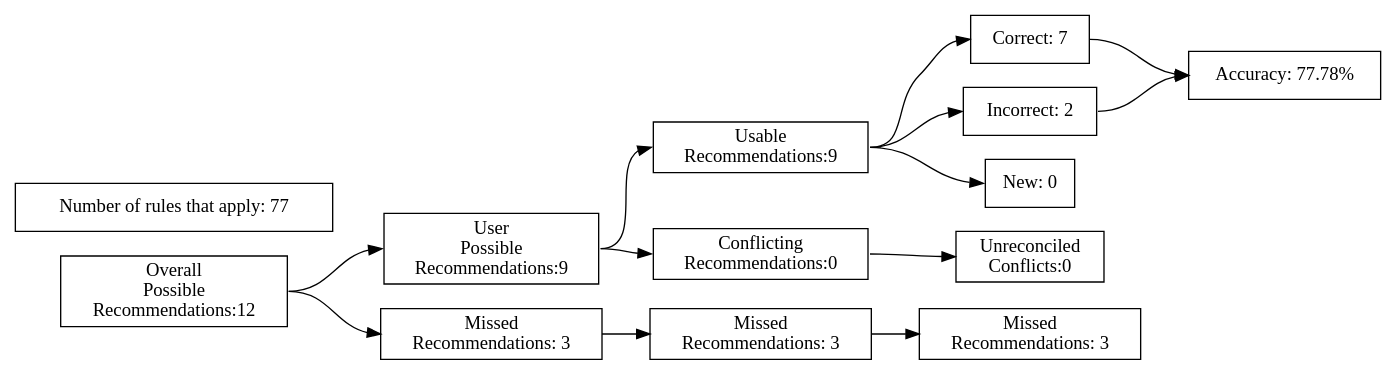
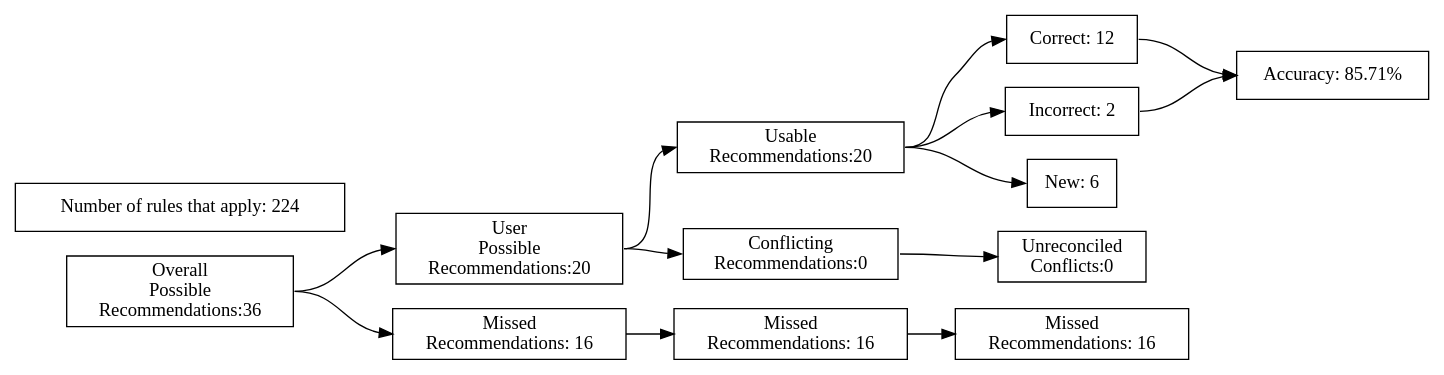
One commit to ZaxR/ibd_diet_analysis changed the diagram in test_renders/31.gv. Above: the diagram before and after it, drawn with Graphviz. The commit also changed 229 other files, not shown here.

```diff
--- a/test_renders/31.gv
+++ b/test_renders/31.gv
@@ -1,40 +1,40 @@
 digraph {
 	graph [rankdir=LR]
 	node [pos=r shape=box]
 	edge [headport=w tailport=e]
 		A [label="Overall
 Possible
-Recommendations:12"]
+Recommendations:36"]
 		B [label="User
 Possible
-Recommendations:9"]
+Recommendations:20"]
 		C [label="Missed
-Recommendations: 3"]
+Recommendations: 16"]
 		D [label="Usable
-Recommendations:9"]
+Recommendations:20"]
 		E [label="Conflicting
 Recommendations:0"]
 		J [label="Missed
-Recommendations: 3"]
+Recommendations: 16"]
 		M [label="Unreconciled
 Conflicts:0"]
-		F [label="Correct: 7"]
+		F [label="Correct: 12"]
 		G [label="Incorrect: 2"]
-		H [label="New: 0"]
+		H [label="New: 6"]
 		K [label="Missed
-Recommendations: 3"]
-		I [label="Accuracy: 77.78%"]
-		l [label="Number of rules that apply: 77"]
+Recommendations: 16"]
+		I [label="Accuracy: 85.71%"]
+		l [label="Number of rules that apply: 224"]
 			A -> B
 			A -> C
 			B -> D
 			B -> E
 			D -> F
 			D -> G
 			D -> H
 			F -> I
 			G -> I
 			C -> J
 			J -> K
 			E -> M
 }
```
